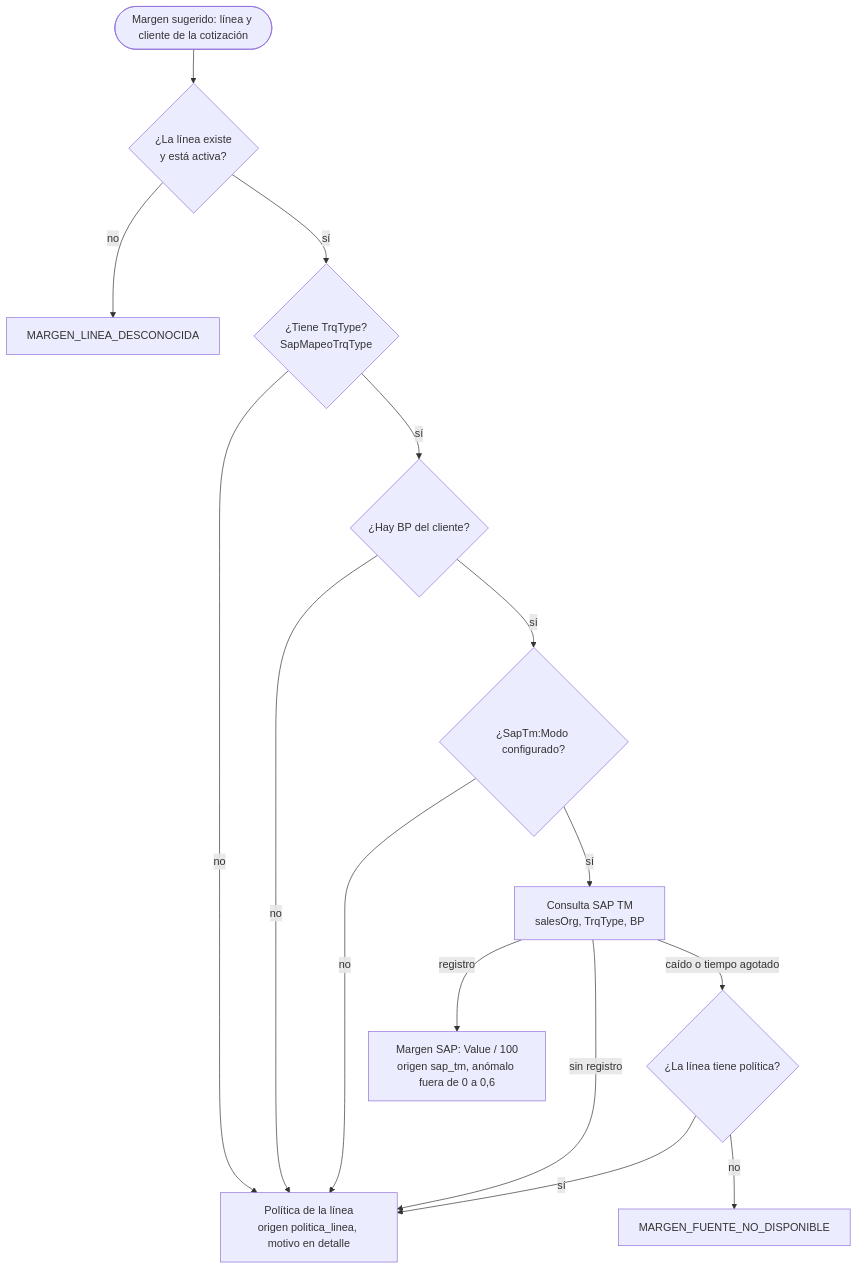
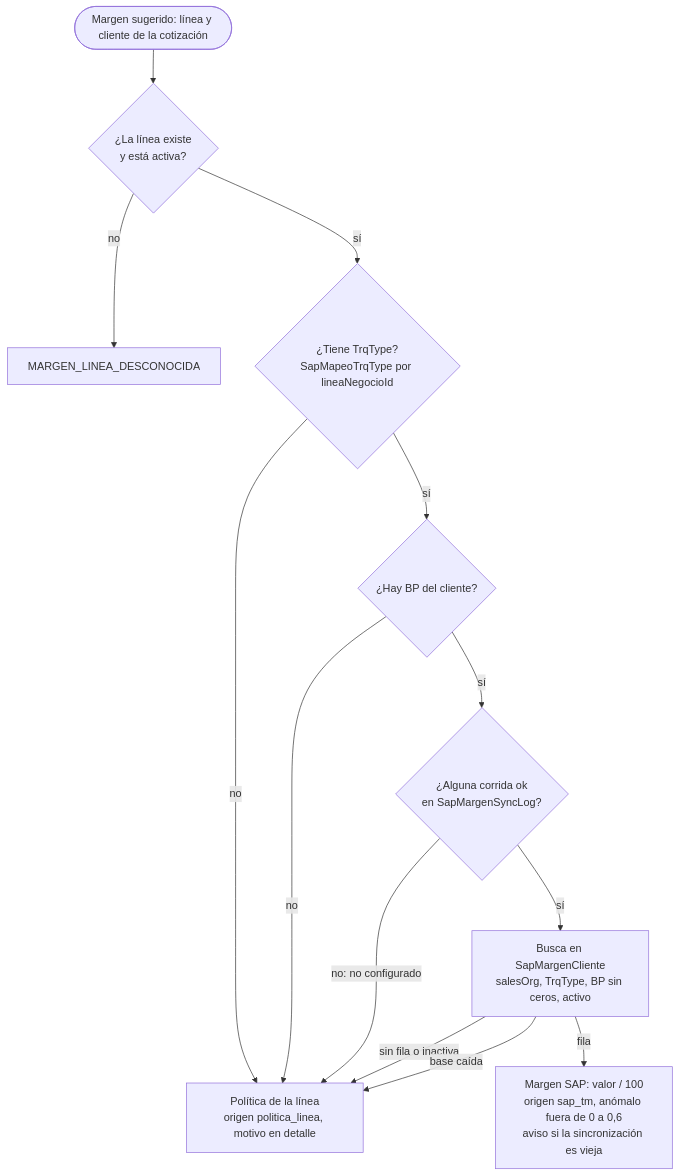
One commit to InnovacionIA-proyectos/Cotifly changed the fourth of 6 diagrams in backend-dotnet/docs/04-flujo-del-sistema.md. Above: the diagram before and after it, drawn with Mermaid. The commit also changed other lines of this file and 13 other files, not shown here.

First line of the commit message:
HU-042.2/HU-042.4 (#243, #247): ADR-027 y documentación de la copia local del margen de SAP

````diff
--- a/backend-dotnet/docs/04-flujo-del-sistema.md
+++ b/backend-dotnet/docs/04-flujo-del-sistema.md
@@ -99,17 +101,15 @@
 ```mermaid
 flowchart TD
     inicio([Margen sugerido: línea y cliente de la cotización]) --> linea{¿La línea existe<br/>y está activa?}
     linea -- no --> desconocida[MARGEN_LINEA_DESCONOCIDA]
-    linea -- sí --> trq{¿Tiene TrqType?<br/>SapMapeoTrqType}
+    linea -- sí --> trq{¿Tiene TrqType?<br/>SapMapeoTrqType por lineaNegocioId}
     trq -- no --> politica
     trq -- sí --> bp{¿Hay BP del cliente?}
     bp -- no --> politica[Política de la línea<br/>origen politica_linea, motivo en detalle]
-    bp -- sí --> modo{¿SapTm:Modo configurado?}
-    modo -- no --> politica
-    modo -- sí --> sap[Consulta SAP TM<br/>salesOrg, TrqType, BP]
-    sap -- "registro" --> saptm[Margen SAP: Value / 100<br/>origen sap_tm, anómalo fuera de 0 a 0,6]
-    sap -- "sin registro" --> politica
-    sap -- "caído o tiempo agotado" --> caido{¿La línea tiene política?}
-    caido -- sí --> politica
-    caido -- no --> fuente[MARGEN_FUENTE_NO_DISPONIBLE]
+    bp -- sí --> sync{¿Alguna corrida ok<br/>en SapMargenSyncLog?}
+    sync -- "no: no configurado" --> politica
+    sync -- sí --> sap[Busca en SapMargenCliente<br/>salesOrg, TrqType, BP sin ceros, activo]
+    sap -- "fila" --> saptm[Margen SAP: valor / 100<br/>origen sap_tm, anómalo fuera de 0 a 0,6<br/>aviso si la sincronización es vieja]
+    sap -- "sin fila o inactiva" --> politica
+    sap -- "base caída" --> politica
 ```
````
